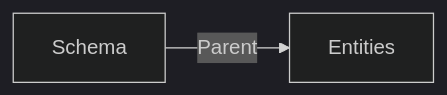
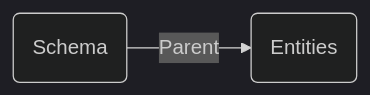
The fourth of 7 diagrams in docs/documentation/about.md (anismegdiche/metal-server), drawn with Mermaid (dark theme) before and after one commit. The commit also changed other lines of this file and 125 other files, not shown here.

````diff
--- a/docs/documentation/about.md
+++ b/docs/documentation/about.md
@@ -98,4 +98,4 @@
 ```mermaid
 graph LR
-Schema -- Parent --> Entities
+    Schema(Schema) -- Parent --> Entities(Entities)
 ```
````
